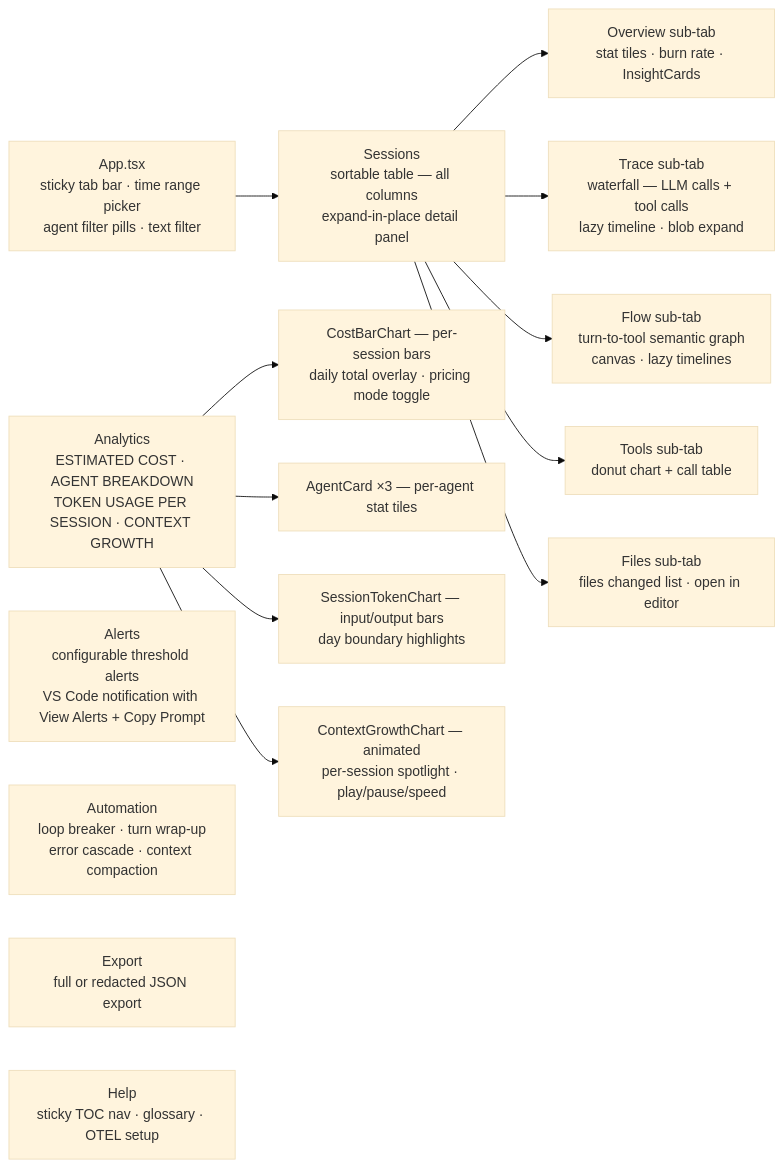
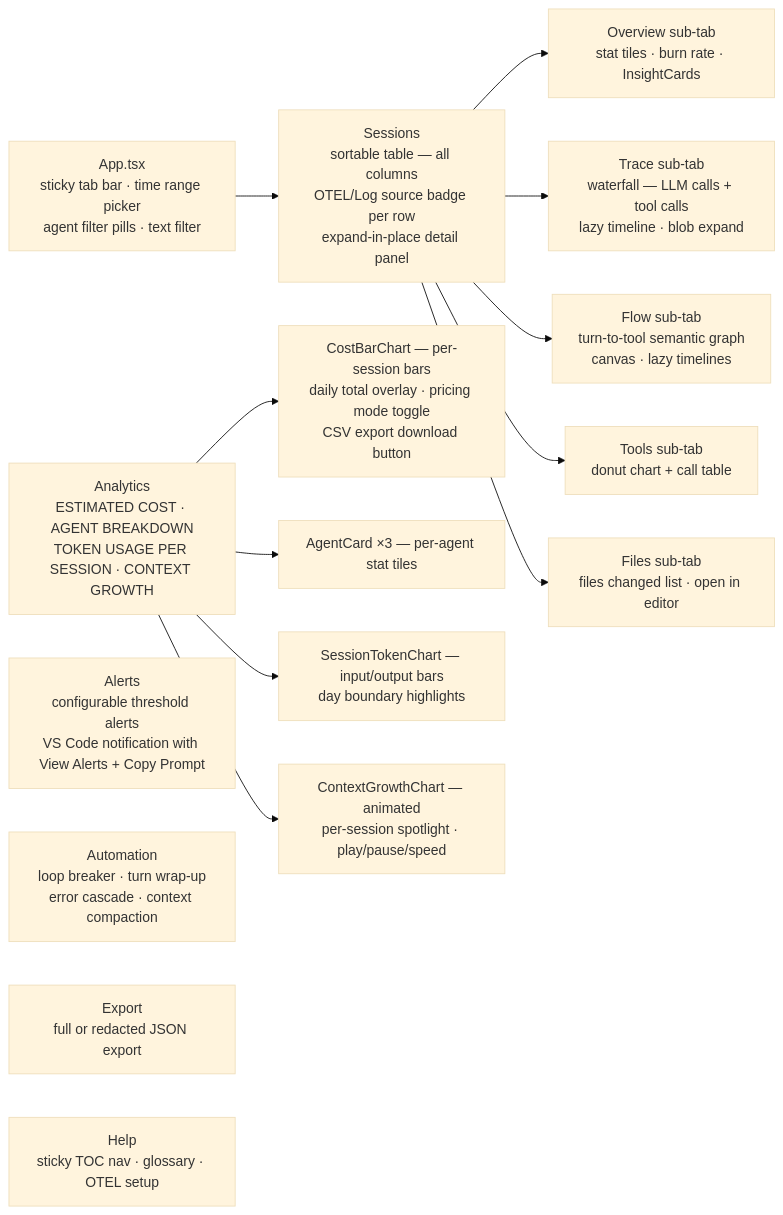
Diagram 14 of 19 in ARCHITECTURE.md (RogerReed/agentlens), drawn with Mermaid (base theme) before and after one commit. The commit also changed other lines of this file, not shown here.

First line of the commit message:
docs: update ARCHITECTURE.md to reflect local log ingestion and recent additions

````diff
--- a/ARCHITECTURE.md
+++ b/ARCHITECTURE.md
@@ -595,22 +682,22 @@
 ```mermaid
 graph LR
     APP[App.tsx<br/>sticky tab bar · time range picker<br/>agent filter pills · text filter] --> T1
 
-    T1[Sessions<br/>sortable table — all columns<br/>expand-in-place detail panel]
+    T1[Sessions<br/>sortable table — all columns<br/>OTEL/Log source badge per row<br/>expand-in-place detail panel]
     T1 --> D1[Overview sub-tab<br/>stat tiles · burn rate · InsightCards]
     T1 --> D2[Trace sub-tab<br/>waterfall — LLM calls + tool calls<br/>lazy timeline · blob expand]
     T1 --> D3[Flow sub-tab<br/>turn-to-tool semantic graph<br/>canvas · lazy timelines]
     T1 --> D4[Tools sub-tab<br/>donut chart + call table]
     T1 --> D5[Files sub-tab<br/>files changed list · open in editor]
 
     T2[Analytics<br/>ESTIMATED COST · AGENT BREAKDOWN<br/>TOKEN USAGE PER SESSION · CONTEXT GROWTH]
-    T2 --> A1[CostBarChart — per-session bars<br/>daily total overlay · pricing mode toggle]
+    T2 --> A1[CostBarChart — per-session bars<br/>daily total overlay · pricing mode toggle<br/>CSV export download button]
     T2 --> A2[AgentCard ×3 — per-agent stat tiles]
     T2 --> A3[SessionTokenChart — input/output bars<br/>day boundary highlights]
     T2 --> A4[ContextGrowthChart — animated<br/>per-session spotlight · play/pause/speed]
 
     T3[Alerts<br/>configurable threshold alerts<br/>VS Code notification with View Alerts + Copy Prompt]
     T4[Automation<br/>loop breaker · turn wrap-up<br/>error cascade · context compaction]
     T5[Export<br/>full or redacted JSON export]
     T6[Help<br/>sticky TOC nav · glossary · OTEL setup]
 ```
````
